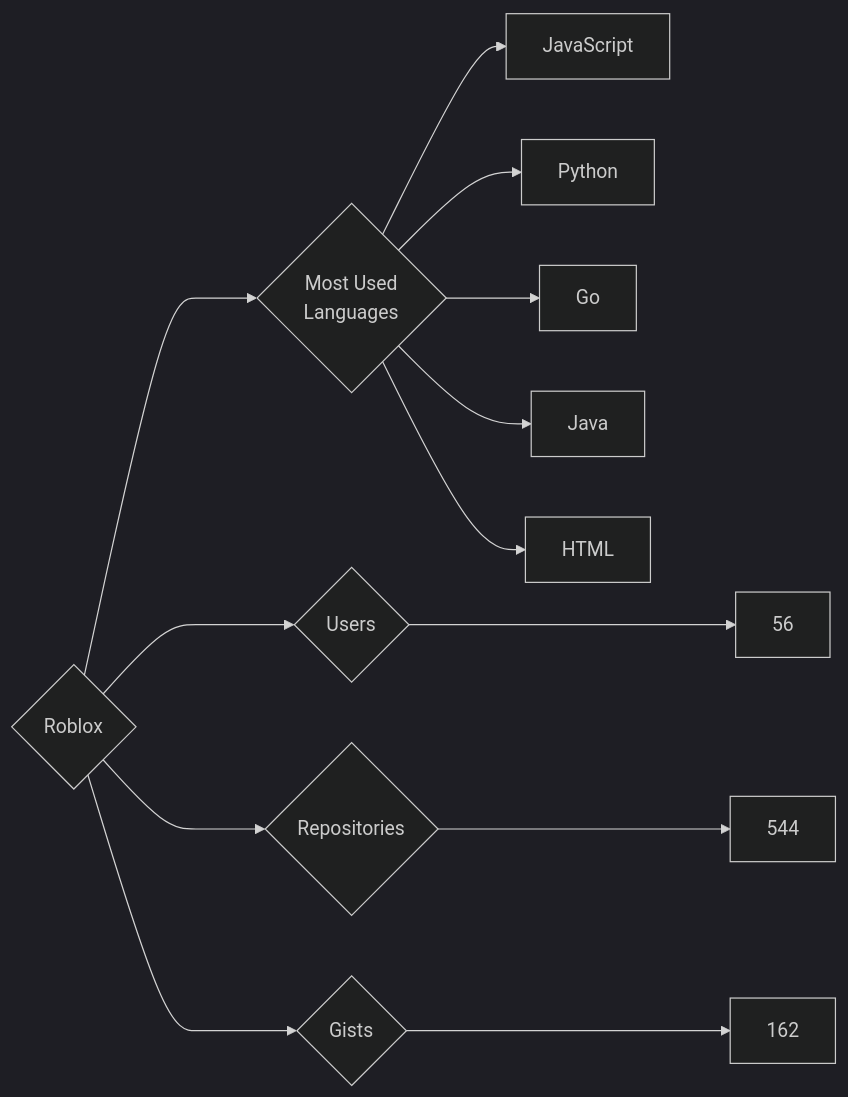
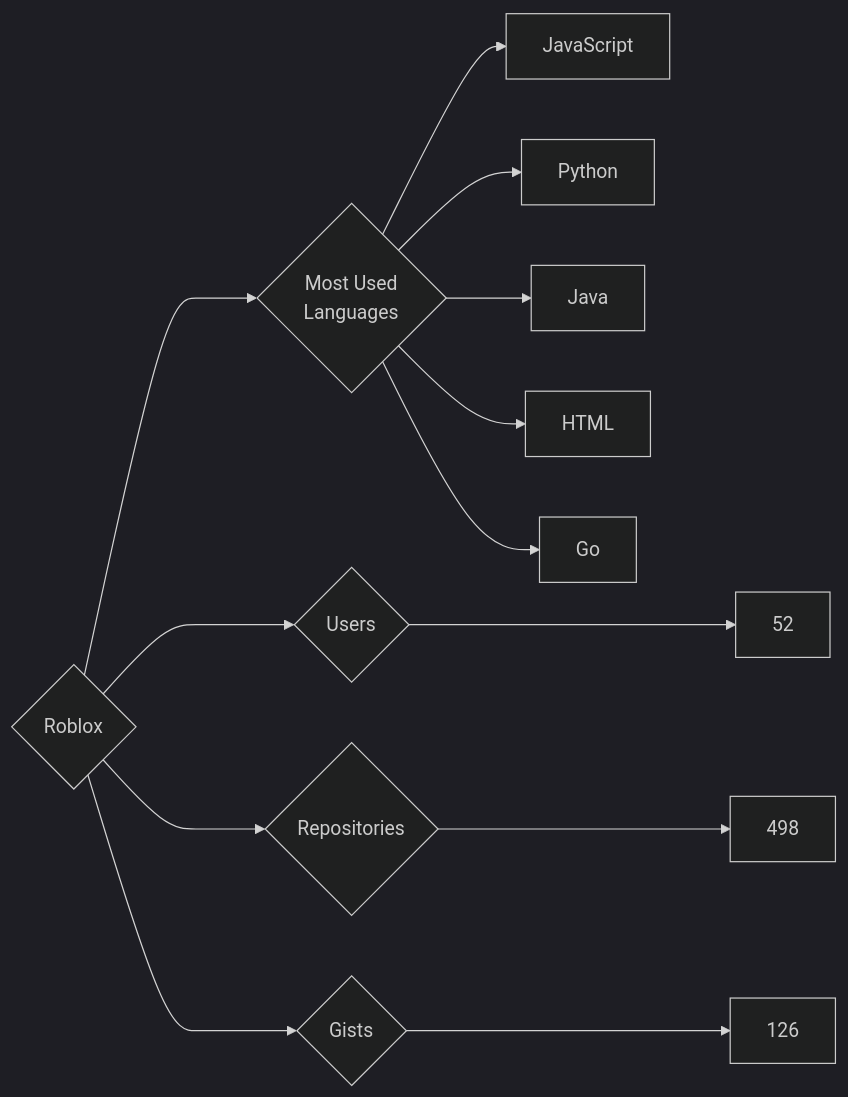
Before and after one commit to trickest/insiders: the diagram in targets/Roblox/README.md, drawn with Mermaid (dark theme). The commit also changed 953 other files, not shown here.

````diff
--- a/targets/Roblox/README.md
+++ b/targets/Roblox/README.md
@@ -3,13 +3,13 @@
 ```mermaid
 graph LR
 COMPANY_NAME{Roblox}
-COMPANY_NAME ---> U{Users} ---> UN[56]
-COMPANY_NAME ---> R{Repositories} ---> RN[544]
-COMPANY_NAME ---> G{Gists} ---> GN[162]
+COMPANY_NAME ---> U{Users} ---> UN[52]
+COMPANY_NAME ---> R{Repositories} ---> RN[498]
+COMPANY_NAME ---> G{Gists} ---> GN[126]
 COMPANY_NAME ---> ML{Most Used<br>Languages}
 ML --> JavaScript[JavaScript]
 ML --> Python[Python]
-ML --> Go[Go]
 ML --> Java[Java]
 ML --> HTML[HTML]
+ML --> Go[Go]
 ```
````
